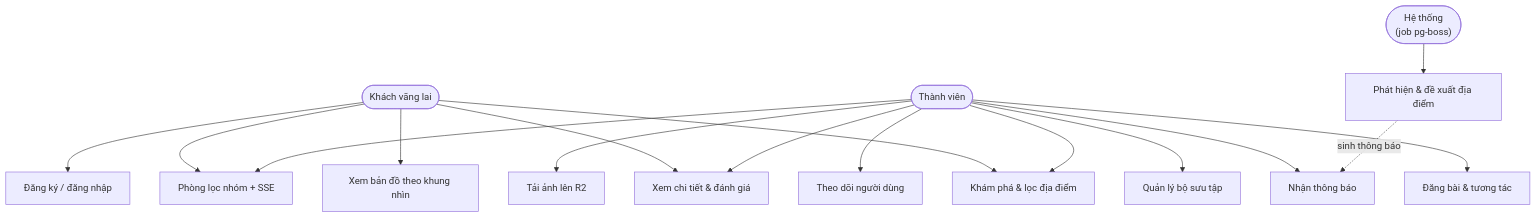
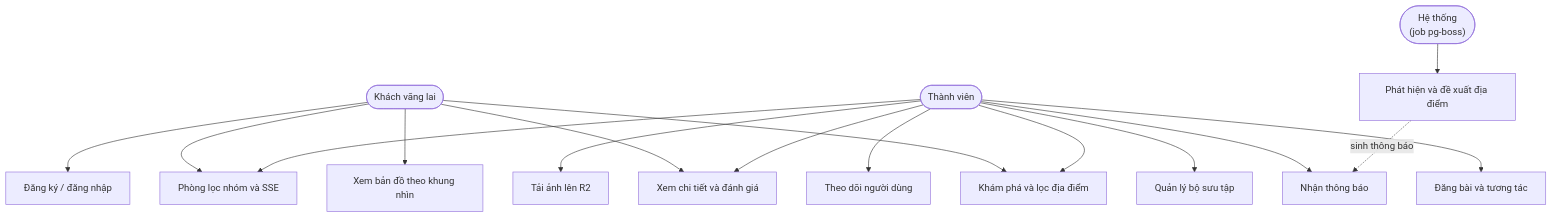
Before and after one commit to longqt321/Rendez-PBL6: the second of 14 diagrams in docs/bao-cao/BAO-CAO-DO-AN.md, drawn with Mermaid. The commit also changed other lines of this file, not shown here.

````diff
--- a/docs/bao-cao/BAO-CAO-DO-AN.md
+++ b/docs/bao-cao/BAO-CAO-DO-AN.md
@@ -188,34 +202,34 @@
 ```mermaid
 flowchart TB
   Guest(["Khách vãng lai"])
   Member(["Thành viên"])
   System(["Hệ thống<br/>(job pg-boss)"])
 
-  UC1["Khám phá & lọc địa điểm"]
+  UC1["Khám phá và lọc địa điểm"]
   UC2["Xem bản đồ theo khung nhìn"]
-  UC3["Xem chi tiết & đánh giá"]
+  UC3["Xem chi tiết và đánh giá"]
   UC4["Đăng ký / đăng nhập"]
-  UC5["Đăng bài & tương tác"]
+  UC5["Đăng bài và tương tác"]
   UC6["Quản lý bộ sưu tập"]
   UC7["Theo dõi người dùng"]
   UC8["Nhận thông báo"]
-  UC9["Phòng lọc nhóm + SSE"]
+  UC9["Phòng lọc nhóm và SSE"]
   UC10["Tải ảnh lên R2"]
-  UC11["Phát hiện & đề xuất địa điểm"]
+  UC11["Phát hiện và đề xuất địa điểm"]
 
   Guest --> UC1
   Guest --> UC2
   Guest --> UC3
   Guest --> UC4
   Guest --> UC9
   Member --> UC1
   Member --> UC3
   Member --> UC5
   Member --> UC6
   Member --> UC7
   Member --> UC8
   Member --> UC9
   Member --> UC10
   System --> UC11
   UC11 -. "sinh thông báo" .-> UC8
 ```
````
